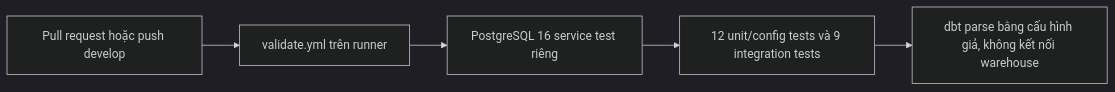
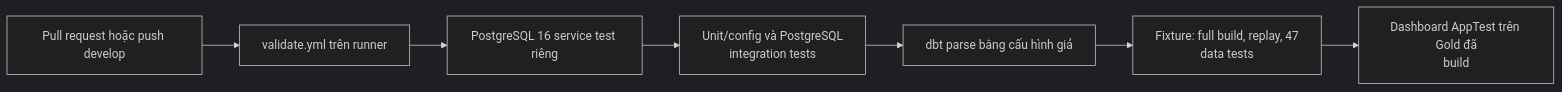
Before and after one commit to PhucTruong11/laplaptech_pipeline: the sixth of 7 diagrams in docs/architecture/data_flow.md, drawn with Mermaid (dark theme). The commit also changed other lines of this file and 60 other files, not shown here.

Commit message:
Align Gold metrics, upgrade dashboard and polish pipeline docs

````diff
--- a/docs/architecture/data_flow.md
+++ b/docs/architecture/data_flow.md
@@ -208,7 +191,10 @@
 ```mermaid
+%%{init: {"flowchart": {"htmlLabels": false}}}%%
 flowchart LR
     PR["Pull request hoặc push develop"] --> CI["validate.yml trên runner"]
     CI --> PG["PostgreSQL 16 service test riêng"]
-    PG --> UT["12 unit/config tests và 9 integration tests"]
-    UT --> PARSE["dbt parse bằng cấu hình giả, không kết nối warehouse"]
+    PG --> UT["Unit/config và PostgreSQL<br/>integration tests"]
+    UT --> PARSE["dbt parse bằng cấu hình giả"]
+    PARSE --> E2E["Fixture: full build, replay, 47<br/>data tests"]
+    E2E --> UI["Dashboard AppTest trên Gold đã<br/>build"]
 ```
````
